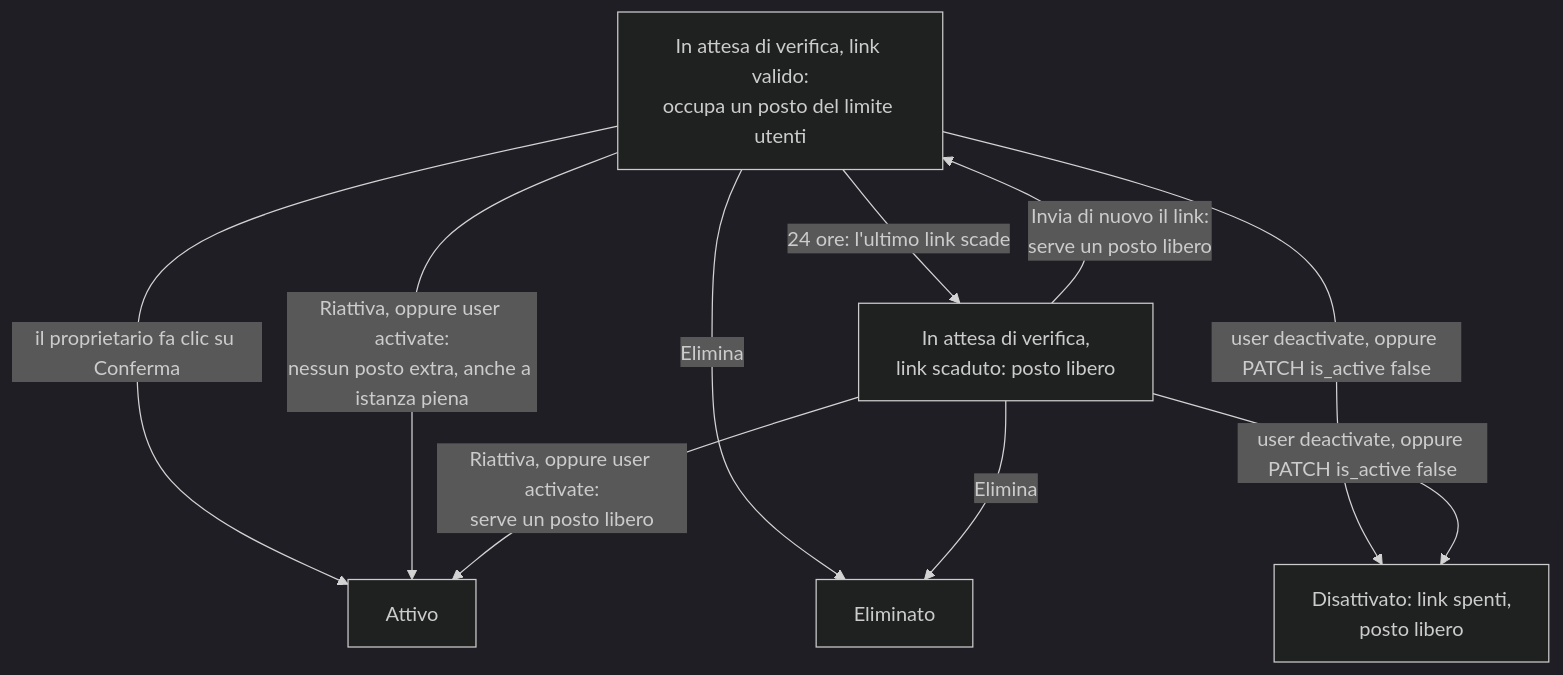
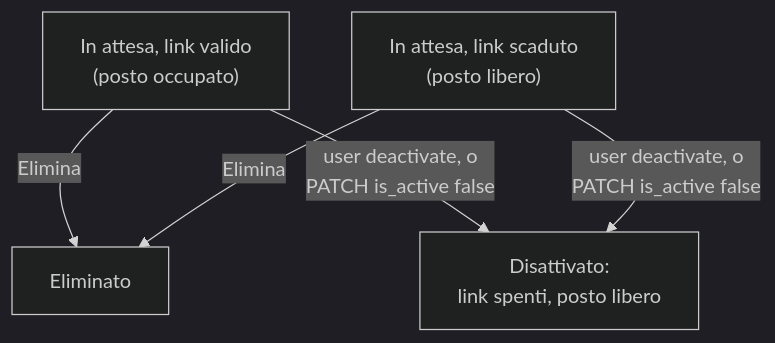
One commit to Librefolio/LibreFolio changed diagram 17 of 18 in mkdocs_src/docs/admin/email_flows.it.md. Above: the diagram before and after it, drawn with Mermaid (dark theme). The commit also changed other lines of this file, not shown here.

Commit message:
docs(admin): email flows diagrams small and separate, ELK where it reads better (it)

````diff
--- a/mkdocs_src/docs/admin/email_flows.it.md
+++ b/mkdocs_src/docs/admin/email_flows.it.md
@@ -412,12 +535,7 @@
 ```mermaid
 flowchart TD
-    W["In attesa di verifica, link valido:<br>occupa un posto del limite utenti"] -->|"il proprietario fa clic su Conferma"| A["Attivo"]
-    W -->|"Riattiva, oppure user activate:<br>nessun posto extra, anche a istanza piena"| A
-    W -->|"24 ore: l'ultimo link scade"| E["In attesa di verifica,<br>link scaduto: posto libero"]
-    E -->|"Invia di nuovo il link:<br>serve un posto libero"| W
-    E -->|"Riattiva, oppure user activate:<br>serve un posto libero"| A
-    W -->|"Elimina"| D["Eliminato"]
-    E -->|"Elimina"| D
-    W -->|"user deactivate, oppure PATCH is_active false"| X["Disattivato: link spenti,<br>posto libero"]
-    E -->|"user deactivate, oppure PATCH is_active false"| X
+    W["In attesa, link valido<br>(posto occupato)"] -->|"Elimina"| D["Eliminato"]
+    E["In attesa, link scaduto<br>(posto libero)"] -->|"Elimina"| D
+    W -->|"user deactivate, o<br>PATCH is_active false"| X["Disattivato:<br>link spenti, posto libero"]
+    E -->|"user deactivate, o<br>PATCH is_active false"| X
 ```
````
